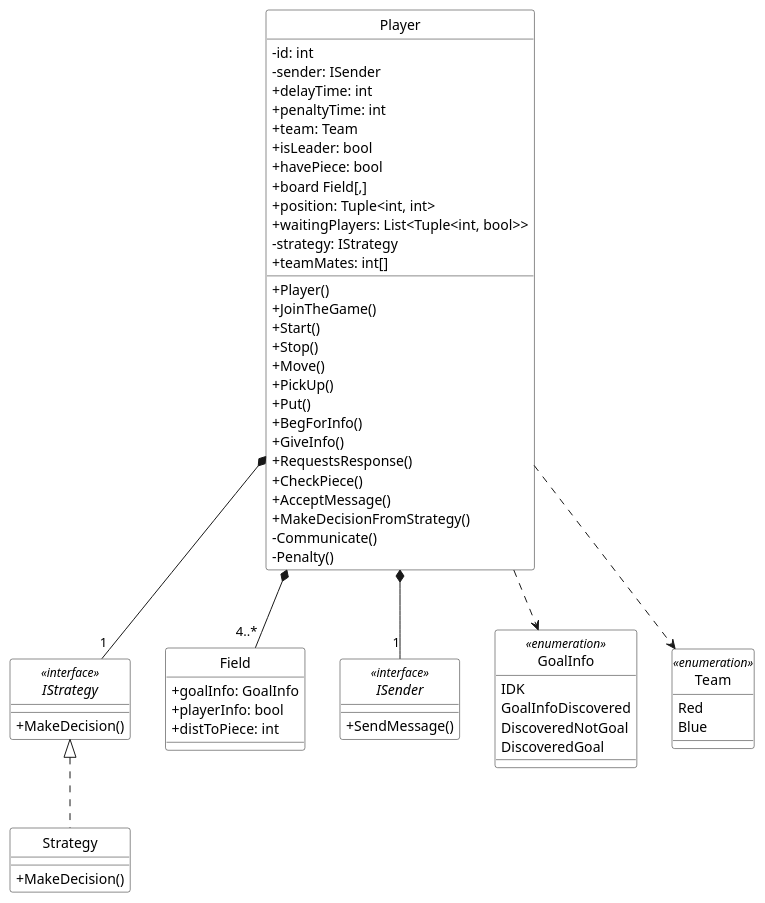
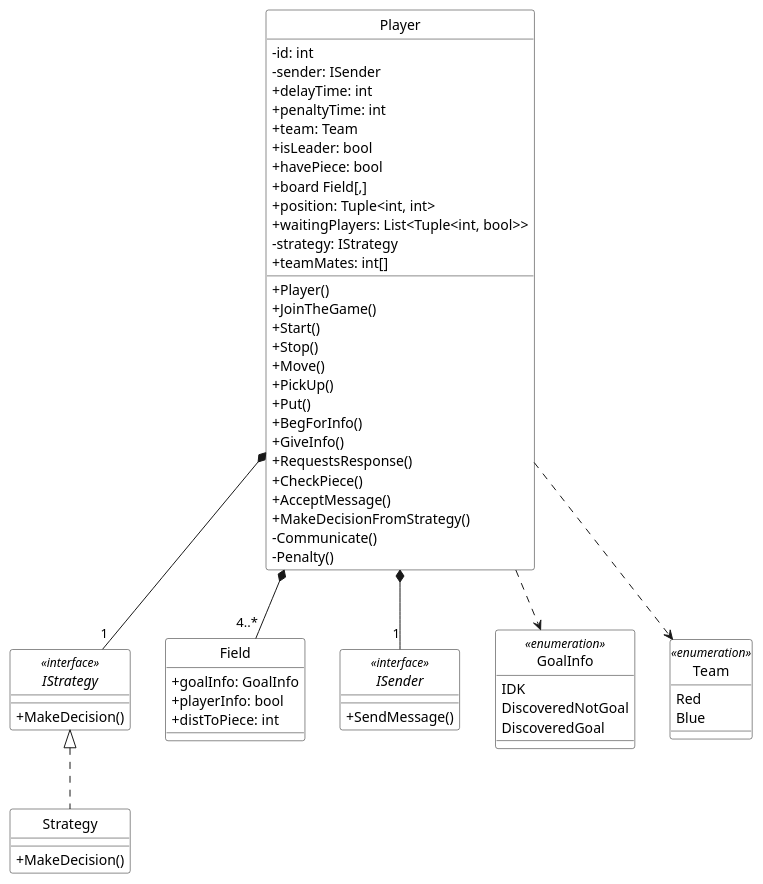
One commit to MINI-IO/IO-project-game changed the diagram in UML/ClassDiagram/Player.puml. Above: the diagram before and after it, drawn with PlantUML. The commit also changed 1 other file, not shown here.

Commit message:
Poprawienie enum GoalInfo

```diff
--- a/UML/ClassDiagram/Player.puml
+++ b/UML/ClassDiagram/Player.puml
@@ -1,79 +1,78 @@
 @startuml
 skinparam shadowing false
 skinparam monochrome true
 skinparam classAttributeIconSize 0
 hide circles
 
 skinparam class {
 BackgroundColor white
 }
 
 IStrategy <|.. Strategy
 Player *-- "4..*" Field
 Player *-- "1" IStrategy
 Player *-- "1" ISender
 Player ..> GoalInfo
 Player ..> Team
 
 class Player {
 - id: int
 - sender: ISender
 + delayTime: int
 + penaltyTime: int
 + team: Team
 + isLeader: bool
 + havePiece: bool
 + board Field[,]
 + position: Tuple<int, int>
 + waitingPlayers: List<Tuple<int, bool>>
 - strategy: IStrategy
 + teamMates: int[]
 
 + Player()
 + JoinTheGame()
 + Start()
 + Stop()
 + Move()
 + PickUp()
 + Put()
 + BegForInfo()
 + GiveInfo()
 + RequestsResponse()
 + CheckPiece()
 + AcceptMessage()
 + MakeDecisionFromStrategy()
 - Communicate()
 - Penalty()
 }
 
 class Field{
 + goalInfo: GoalInfo
 + playerInfo: bool
 + distToPiece: int
 }
 
 interface IStrategy <<interface>> {
 + MakeDecision()
 }
 
 interface ISender <<interface>> {
 + SendMessage()
 }
 
 
 class Strategy {
 + MakeDecision()
 }
 
 enum Team <<enumeration>> {
 Red
 Blue
 }
 
 enum GoalInfo <<enumeration>> {
 IDK
-GoalInfoDiscovered
 DiscoveredNotGoal
 DiscoveredGoal
 }
 @enduml
```
